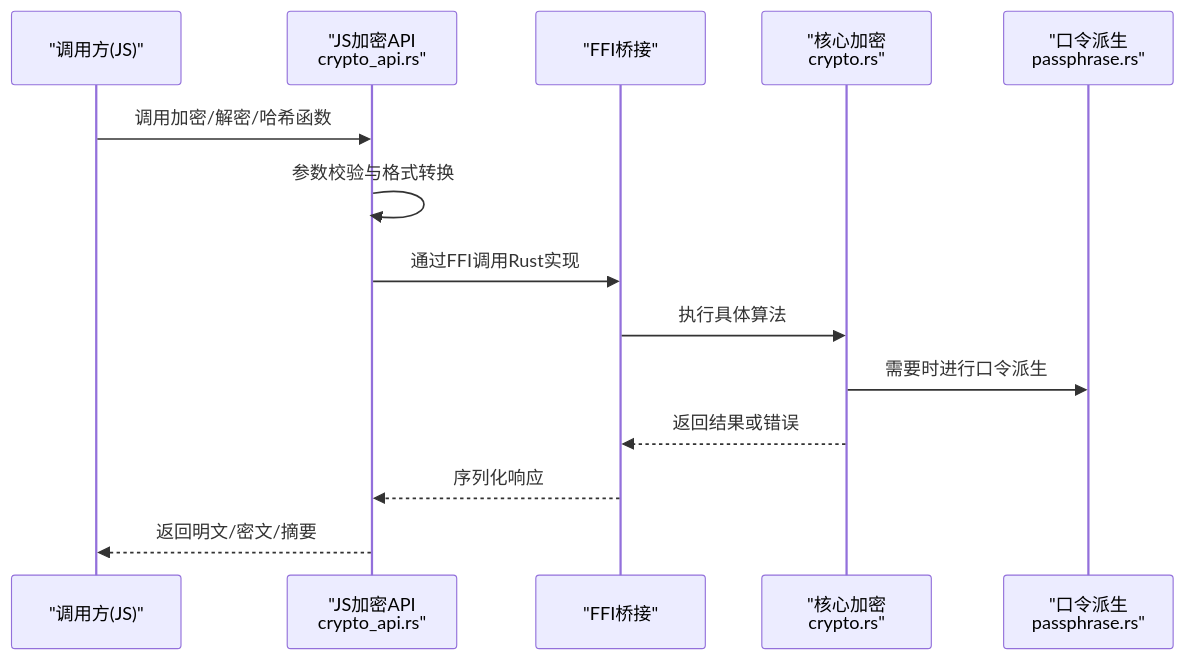
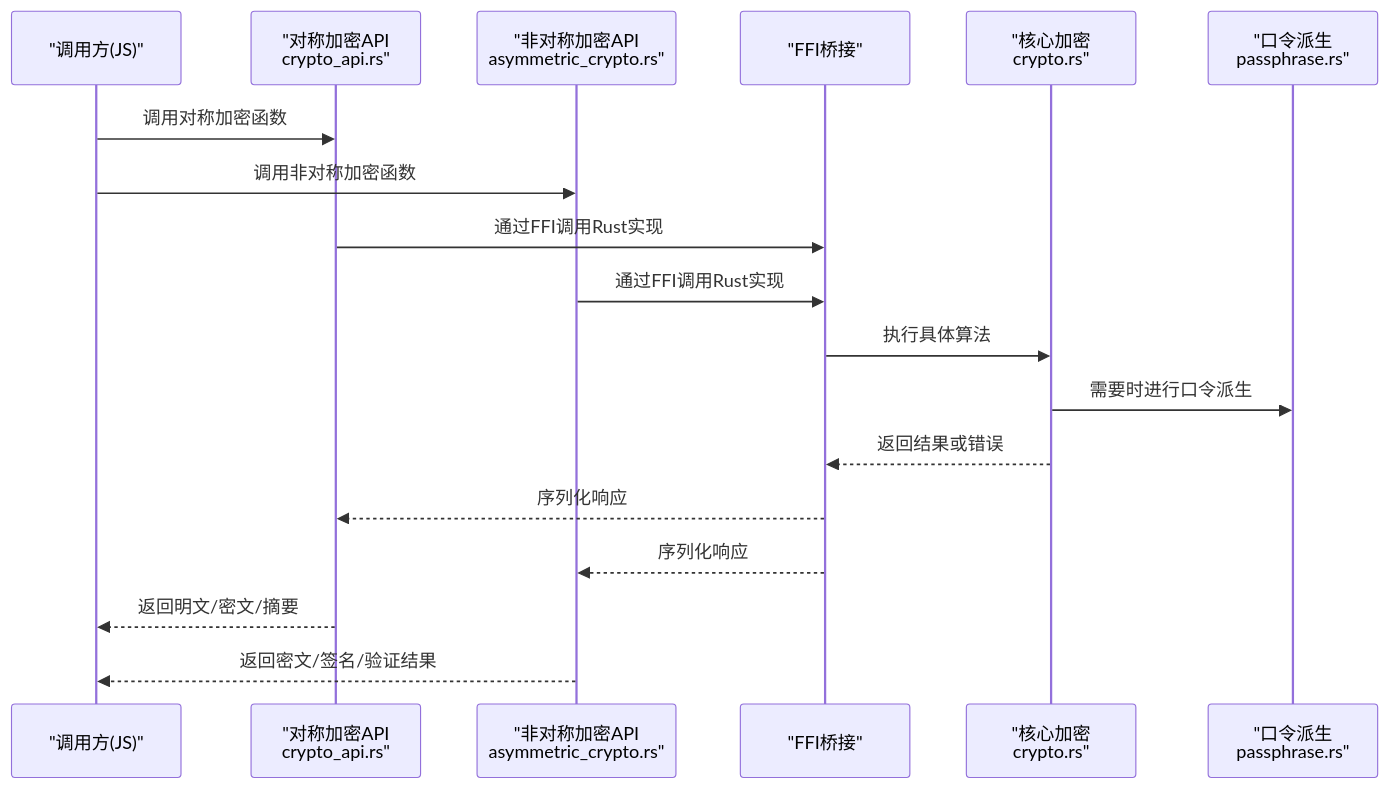
Before and after one commit to ZhangGHGitHub/LegadoTeamFlutter: the second of 7 diagrams in .qoder/repowiki/zh/content/Rust核心库/JavaScript运行时/宿主API绑定/加密解密API.md, drawn with Mermaid. The commit also changed other lines of this file and 173 other files, not shown here.

````diff
--- a/.qoder/repowiki/zh/content/Rust核心库/JavaScript运行时/宿主API绑定/加密解密API.md
+++ b/.qoder/repowiki/zh/content/Rust核心库/JavaScript运行时/宿主API绑定/加密解密API.md
@@ -75,16 +94,20 @@
 ```mermaid
 sequenceDiagram
 participant Caller as "调用方(JS)"
-participant Api as "JS加密API<br/>crypto_api.rs"
+participant SymApi as "对称加密API<br/>crypto_api.rs"
+participant AsymApi as "非对称加密API<br/>asymmetric_crypto.rs"
 participant Bridge as "FFI桥接"
 participant Core as "核心加密<br/>crypto.rs"
 participant KDF as "口令派生<br/>passphrase.rs"
-Caller->>Api : 调用加密/解密/哈希函数
-Api->>Api : 参数校验与格式转换
-Api->>Bridge : 通过FFI调用Rust实现
+Caller->>SymApi : 调用对称加密函数
+Caller->>AsymApi : 调用非对称加密函数
+SymApi->>Bridge : 通过FFI调用Rust实现
+AsymApi->>Bridge : 通过FFI调用Rust实现
 Bridge->>Core : 执行具体算法
 Core->>KDF : 需要时进行口令派生
 Core-->>Bridge : 返回结果或错误
-Bridge-->>Api : 序列化响应
-Api-->>Caller : 返回明文/密文/摘要
+Bridge-->>SymApi : 序列化响应
+Bridge-->>AsymApi : 序列化响应
+SymApi-->>Caller : 返回明文/密文/摘要
+AsymApi-->>Caller : 返回密文/签名/验证结果
 ```
````
